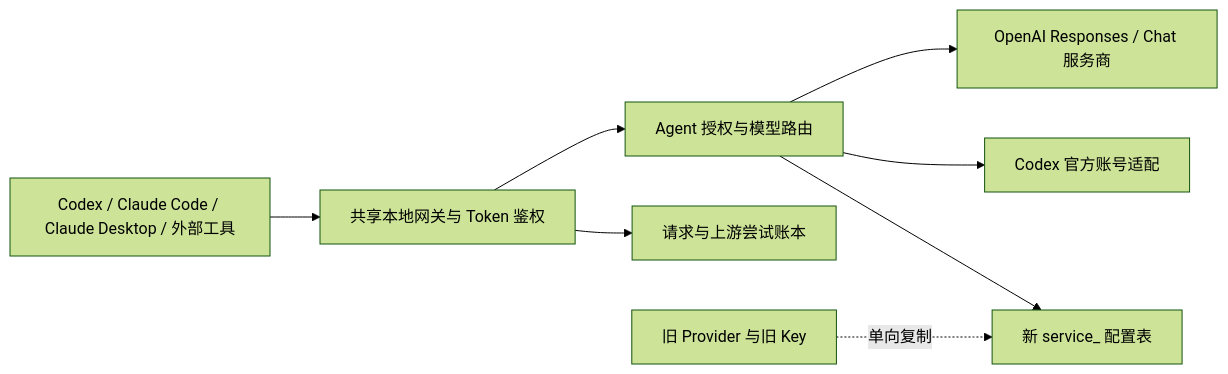
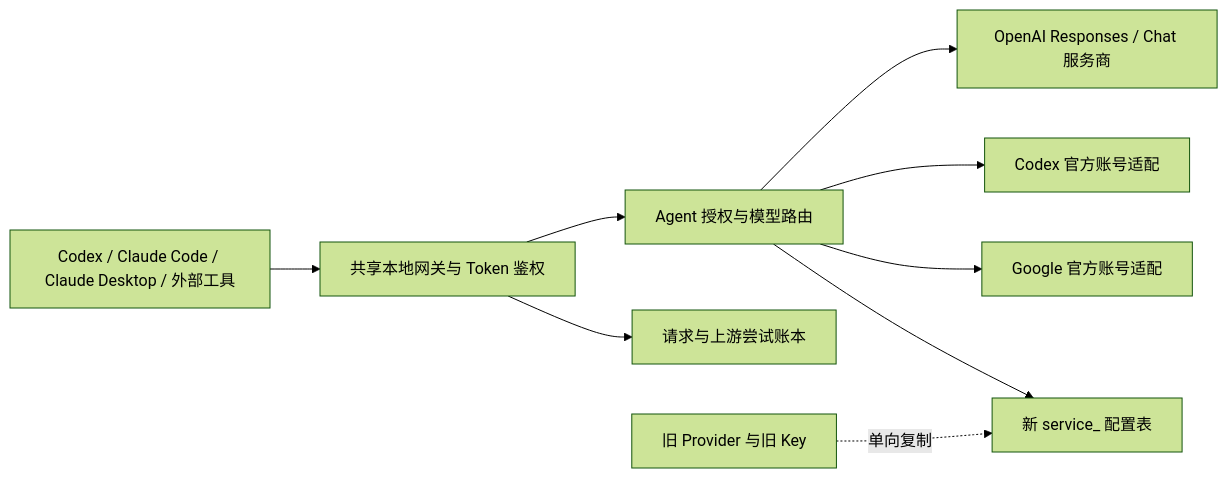
The diagram in docs/provider配置中心化改造方案.md (hxysj/AI-Manager), drawn with Mermaid (forest theme) before and after one commit. The commit also changed other lines of this file and 16 other files, not shown here.

````diff
--- a/docs/provider配置中心化改造方案.md
+++ b/docs/provider配置中心化改造方案.md
@@ -16,10 +16,11 @@
 ```mermaid
 flowchart LR
   A[Codex / Claude Code / Claude Desktop / 外部工具] --> B[共享本地网关与 Token 鉴权]
   B --> C[Agent 授权与模型路由]
   C --> D[OpenAI Responses / Chat 服务商]
   C --> E[Codex 官方账号适配]
+  C --> I[Google 官方账号适配]
   B --> F[请求与上游尝试账本]
   C --> G[新 service_ 配置表]
   H[旧 Provider 与旧 Key] -.单向复制.-> G
 ```
````
